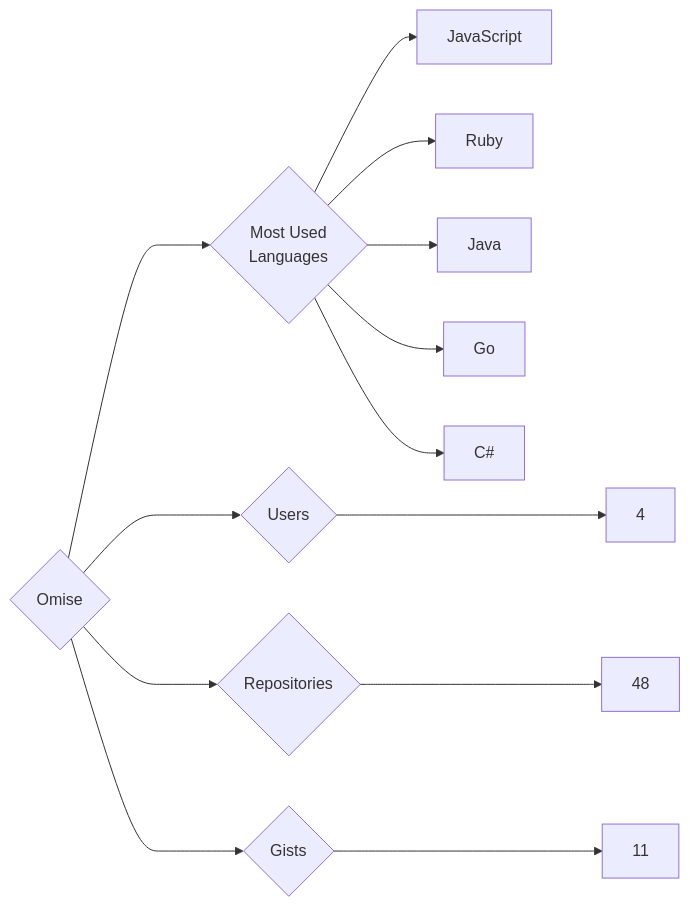
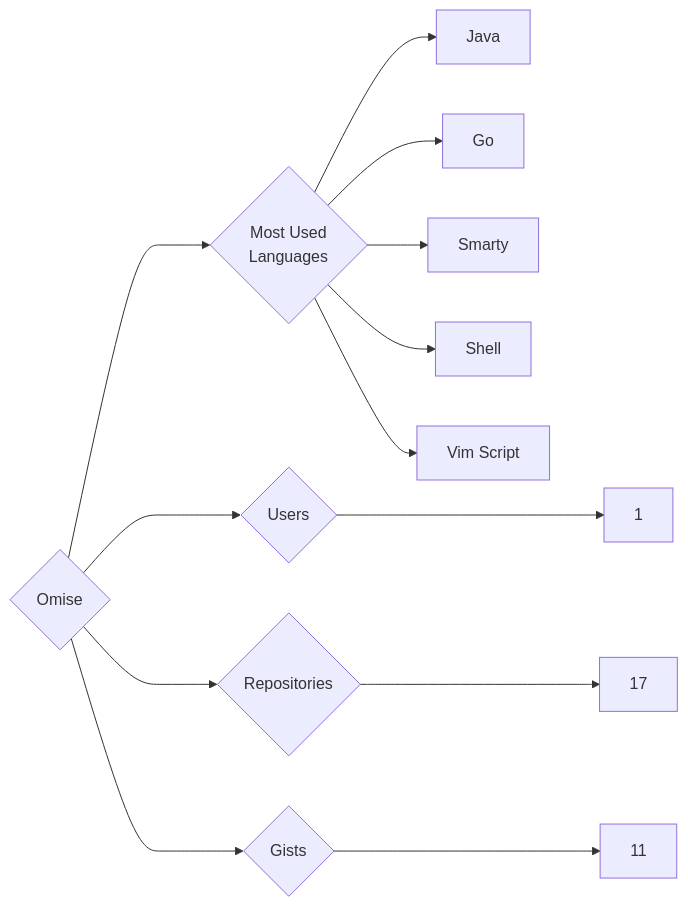
One commit to trickest/insiders changed the diagram in targets/Omise/README.md. Above: the diagram before and after it, drawn with Mermaid. The commit also changed 835 other files, not shown here.

````diff
--- a/targets/Omise/README.md
+++ b/targets/Omise/README.md
@@ -3,13 +3,13 @@
 ```mermaid
 graph LR
 COMPANY_NAME{Omise}
-COMPANY_NAME ---> U{Users} ---> UN[4]
-COMPANY_NAME ---> R{Repositories} ---> RN[48]
+COMPANY_NAME ---> U{Users} ---> UN[1]
+COMPANY_NAME ---> R{Repositories} ---> RN[17]
 COMPANY_NAME ---> G{Gists} ---> GN[11]
 COMPANY_NAME ---> ML{Most Used<br>Languages}
-ML --> JavaScript[JavaScript]
-ML --> Ruby[Ruby]
 ML --> Java[Java]
 ML --> Go[Go]
-ML --> C#[C#]
+ML --> Smarty[Smarty]
+ML --> Shell[Shell]
+ML --> Vim_Script[Vim Script]
 ```
````
